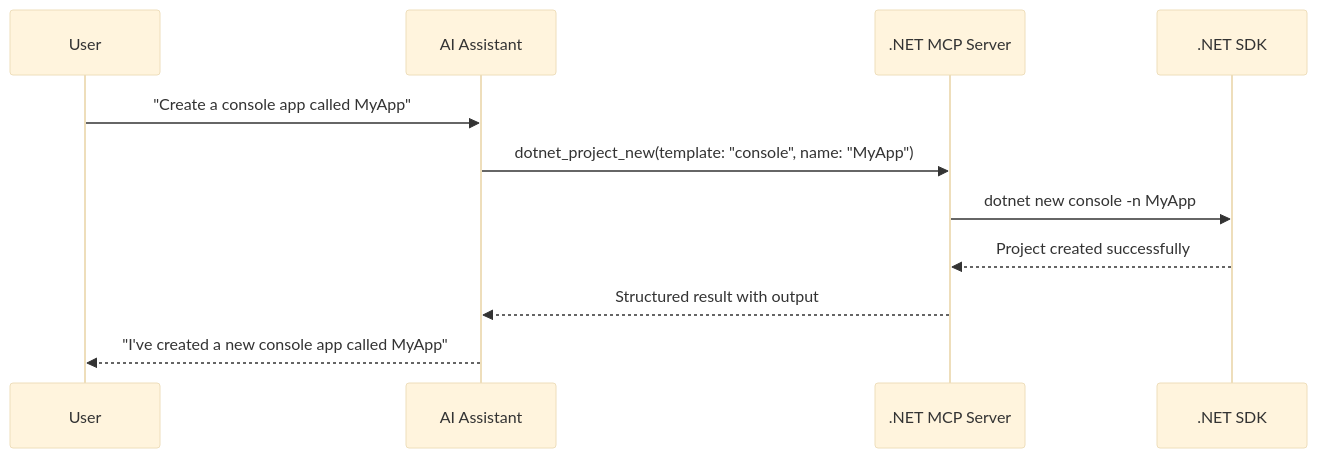
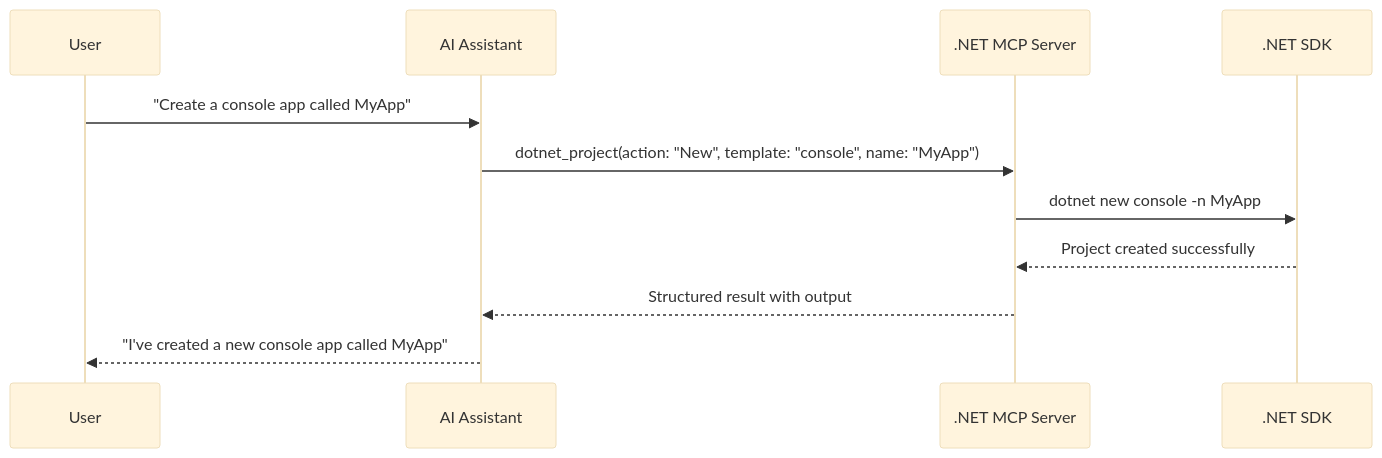
One commit to jongalloway/dotnet-mcp changed the second of 2 diagrams in README.md. Above: the diagram before and after it, drawn with Mermaid (base theme). The commit also changed other lines of this file and 6 other files, not shown here.

````diff
--- a/README.md
+++ b/README.md
@@ -176,14 +175,14 @@
 ```mermaid
 sequenceDiagram
     participant User
     participant AI as AI Assistant
     participant MCP as .NET MCP Server
     participant SDK as .NET SDK
 
     User->>AI: "Create a console app called MyApp"
-    AI->>MCP: dotnet_project_new(template: "console", name: "MyApp")
+    AI->>MCP: dotnet_project(action: "New", template: "console", name: "MyApp")
     MCP->>SDK: dotnet new console -n MyApp
     SDK-->>MCP: Project created successfully
     MCP-->>AI: Structured result with output
     AI-->>User: "I've created a new console app called MyApp"
 ```
````
